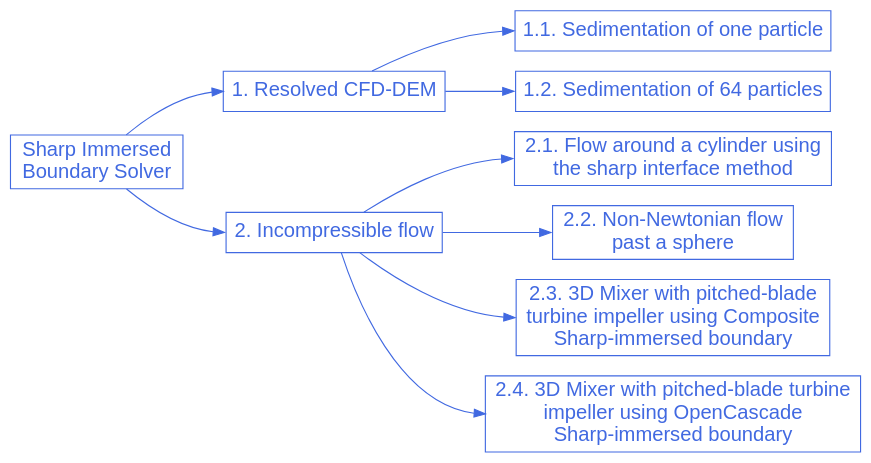
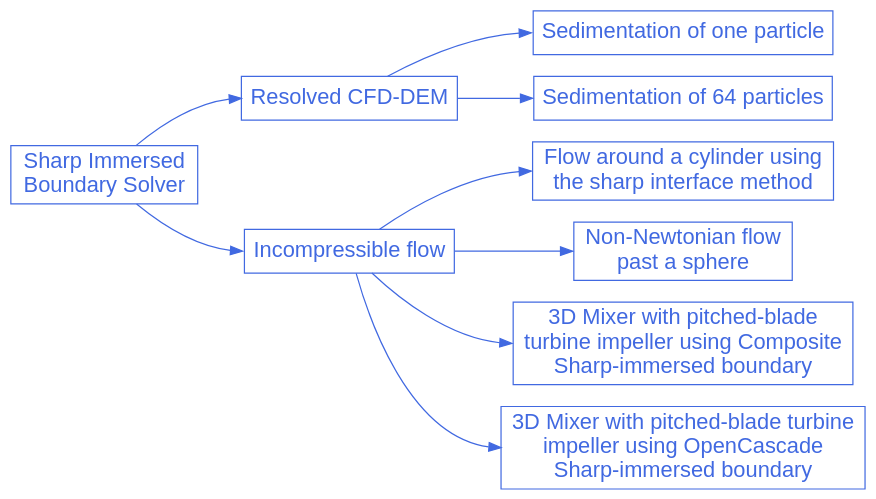
One commit to chaos-polymtl/lethe changed the diagram in doc/source/examples/sharp-immersed-boundary-solver/sharp-immersed-boundary-solver.rst. Above: the diagram before and after it, drawn with Graphviz. The commit also changed other lines of this file and 5 other files, not shown here.

Commit message:
Remove numbers and fix titles in graphs

```diff
--- a/doc/source/examples/sharp-immersed-boundary-solver/sharp-immersed-boundary-solver.rst
+++ b/doc/source/examples/sharp-immersed-boundary-solver/sharp-immersed-boundary-solver.rst
@@ -14,37 +13,37 @@
 .. graphviz:: 
 
     digraph sharp_diagram {
       graph [bgcolor="transparent", align=true];
       node [fontname=Arial, fontsize=18, shape=box, fontcolor=royalblue, color=royalblue];
       edge [color=royalblue];
       rankdir="LR";
       size = "9,9";
       
       sharp_immersed_boundary_solver [label="Sharp Immersed \nBoundary Solver", href="https://lethe-cfd.github.io/lethe/examples/sharp-immersed-boundary-solver/sharp-immersed-boundary-solver.html"];
 
-      sharp_1 [label="1. Resolved CFD-DEM", href="https://lethe-cfd.github.io/lethe/examples/sharp-immersed-boundary-solver/resolved-cfd-dem.html"];   
+      sharp_1 [label="Resolved CFD-DEM", href="https://lethe-cfd.github.io/lethe/examples/sharp-immersed-boundary-solver/resolved-cfd-dem.html"];   
 
-      sharp_1_1 [label="1.1. Sedimentation of one particle", href="https://lethe-cfd.github.io/lethe/examples/sharp-immersed-boundary-solver/sedimentation-1-particle/sedimentation-1-particle.html"]; 
+      sharp_1_1 [label="Sedimentation of one particle", href="https://lethe-cfd.github.io/lethe/examples/sharp-immersed-boundary-solver/sedimentation-1-particle/sedimentation-1-particle.html"]; 
 
-      sharp_1_2 [label="1.2. Sedimentation of 64 particles", href="https://lethe-cfd.github.io/lethe/examples/sharp-immersed-boundary-solver/sedimentation-64-particles/sedimentation-64-particles.html"]; 
+      sharp_1_2 [label="Sedimentation of 64 particles", href="https://lethe-cfd.github.io/lethe/examples/sharp-immersed-boundary-solver/sedimentation-64-particles/sedimentation-64-particles.html"]; 
 
-      sharp_2 [label="2. Incompressible flow", href="https://lethe-cfd.github.io/lethe/examples/sharp-immersed-boundary-solver/incompressible-flow.html"];  
+      sharp_2 [label="Incompressible flow", href="https://lethe-cfd.github.io/lethe/examples/sharp-immersed-boundary-solver/incompressible-flow.html"];  
 
-      sharp_2_1 [label="2.1. Flow around a cylinder using \nthe sharp interface method", href="https://lethe-cfd.github.io/lethe/examples/sharp-immersed-boundary-solver/cylinder-with-sharp-interface/cylinder-with-sharp-interface.html"]; 
+      sharp_2_1 [label="Flow around a cylinder using \nthe sharp interface method", href="https://lethe-cfd.github.io/lethe/examples/sharp-immersed-boundary-solver/cylinder-with-sharp-interface/cylinder-with-sharp-interface.html"]; 
 
-      sharp_2_2 [label="2.2. Non-Newtonian flow \npast a sphere", href="https://lethe-cfd.github.io/lethe/examples/sharp-immersed-boundary-solver/sphere-carreau-with-sharp-interface/sphere-carreau-with-sharp-interface.html"]; 
+      sharp_2_2 [label="Non-Newtonian flow \npast a sphere", href="https://lethe-cfd.github.io/lethe/examples/sharp-immersed-boundary-solver/sphere-carreau-with-sharp-interface/sphere-carreau-with-sharp-interface.html"]; 
 
-      sharp_2_3 [label="2.3. 3D Mixer with pitched-blade \nturbine impeller using Composite \nSharp-immersed boundary", href="https://lethe-cfd.github.io/lethe/examples/sharp-immersed-boundary-solver/3d-composite-mixer-with-pbt-impeller/3d-composite-mixer-with-pbt-impeller.html"]; 
+      sharp_2_3 [label="3D Mixer with pitched-blade \nturbine impeller using Composite \nSharp-immersed boundary", href="https://lethe-cfd.github.io/lethe/examples/sharp-immersed-boundary-solver/3d-composite-mixer-with-pbt-impeller/3d-composite-mixer-with-pbt-impeller.html"]; 
 
-      sharp_2_4 [label="2.4. 3D Mixer with pitched-blade turbine \nimpeller using OpenCascade \nSharp-immersed boundary", href="https://lethe-cfd.github.io/lethe/examples/sharp-immersed-boundary-solver/3d-opencascade-mixer-with-pbt-impeller/3d-opencascade-mixer-with-pbt-impeller.html"]; 
+      sharp_2_4 [label="3D Mixer with pitched-blade turbine \nimpeller using OpenCascade \nSharp-immersed boundary", href="https://lethe-cfd.github.io/lethe/examples/sharp-immersed-boundary-solver/3d-opencascade-mixer-with-pbt-impeller/3d-opencascade-mixer-with-pbt-impeller.html"]; 
 
       sharp_immersed_boundary_solver -> sharp_1:w;
       sharp_immersed_boundary_solver -> sharp_2:w;
 
       sharp_1 -> sharp_1_1:w;
       sharp_1 -> sharp_1_2:w;
       sharp_2 -> sharp_2_1:w;
       sharp_2 -> sharp_2_2:w;
       sharp_2 -> sharp_2_3:w;
       sharp_2 -> sharp_2_4:w;
     }
```
